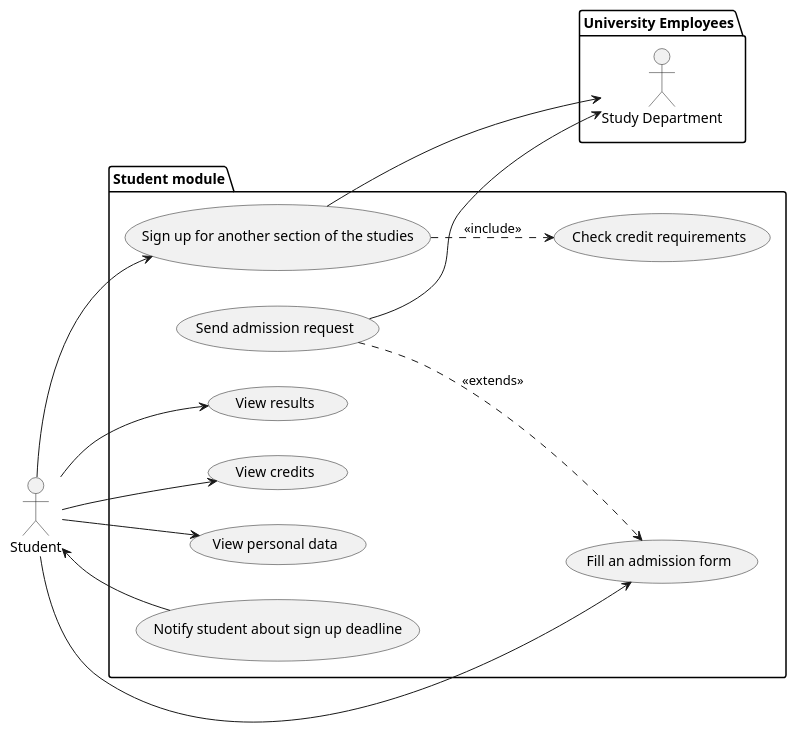
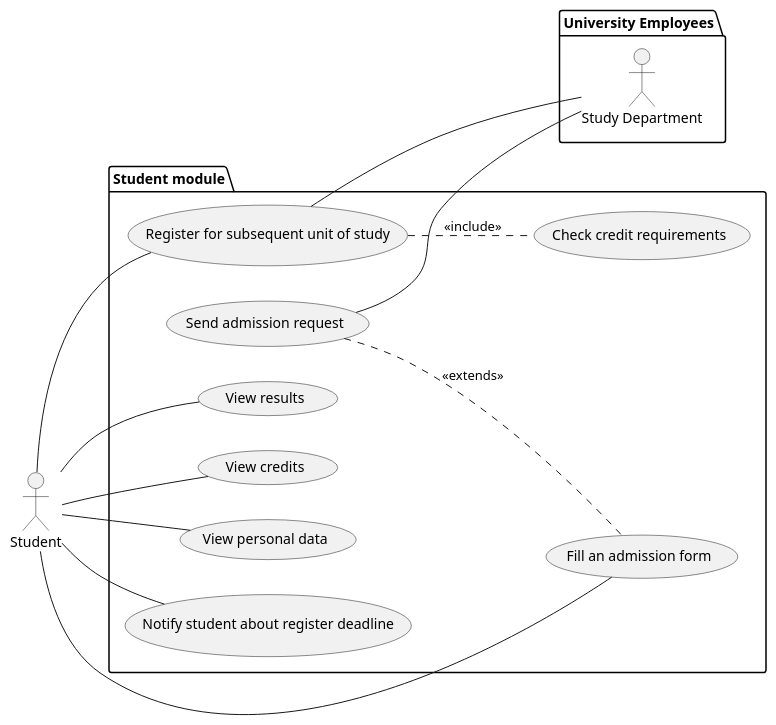
The first of 2 diagrams in requirements.md (luk27official/NSWI041), drawn with PlantUML before and after one commit. The commit also changed other lines of this file, not shown here.

````diff
--- a/requirements.md
+++ b/requirements.md
@@ -70,34 +74,34 @@
 ```plantuml
 @startuml
 left to right direction
 
 actor Student as s
 
 package "University Employees" {
   actor "Study Department" as sd
 }
 
 package "Student module" {
-  usecase "Sign up for another section of the studies" as SignUp
+  usecase "Register for subsequent unit of study" as SignUp
   usecase "Fill an admission form" as fillAdmissionForm
   usecase "Send admission request" as sendAdmissionRequest
   usecase "Check credit requirements" as CheckCredits
   usecase "View results" as ViewResultsUC
   usecase "View credits" as ViewCreditsUC
   usecase "View personal data" as ViewPersonalData
-  usecase "Notify student about sign up deadline" as NotifySignUpDeadline
+  usecase "Notify student about register deadline" as NotifySignUpDeadline
 }
 
-s --> fillAdmissionForm
-sendAdmissionRequest ..> fillAdmissionForm : <<extends>>
-SignUp ..> CheckCredits : <<include>>
-SignUp --> sd
-sendAdmissionRequest --> sd
-s --> SignUp
-s --> ViewResultsUC
-s --> ViewCreditsUC
-s --> ViewPersonalData
-NotifySignUpDeadline --> s
+s -- fillAdmissionForm
+sendAdmissionRequest .. fillAdmissionForm : <<extends>>
+SignUp .. CheckCredits : <<include>>
+SignUp -- sd
+sendAdmissionRequest -- sd
+s -- SignUp
+s -- ViewResultsUC
+s -- ViewCreditsUC
+s -- ViewPersonalData
+s -- NotifySignUpDeadline
 
 @enduml
 ```
````
